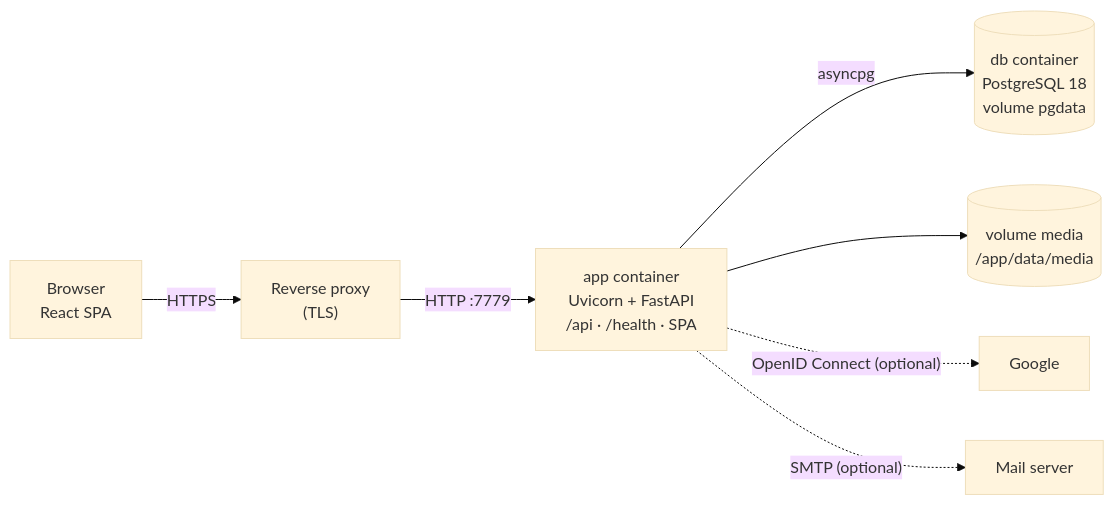
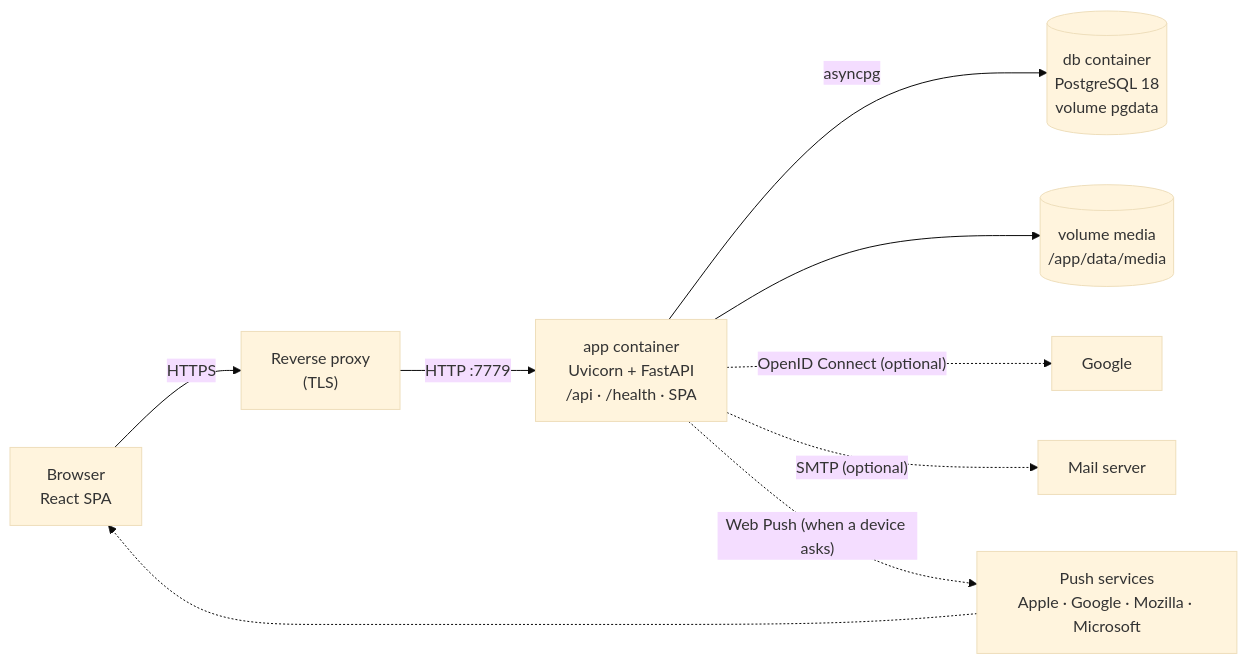
The diagram in docs/architecture.md (DrDonoso/timelife), drawn with Mermaid (base theme) before and after one commit. The commit also changed other lines of this file and 62 other files, not shown here.

````diff
--- a/docs/architecture.md
+++ b/docs/architecture.md
@@ -3,9 +3,11 @@
 ```mermaid
 flowchart LR
     browser["Browser<br/>React SPA"] -- HTTPS --> proxy["Reverse proxy<br/>(TLS)"]
     proxy -- "HTTP :7779" --> app["app container<br/>Uvicorn + FastAPI<br/>/api · /health · SPA"]
     app -- asyncpg --> db[("db container<br/>PostgreSQL 18<br/>volume pgdata")]
     app --> media[("volume media<br/>/app/data/media")]
     app -. "OpenID Connect (optional)" .-> google["Google"]
     app -. "SMTP (optional)" .-> smtp["Mail server"]
+    app -. "Web Push (when a device asks)" .-> push["Push services<br/>Apple · Google · Mozilla · Microsoft"]
+    push -.-> browser
 ```
````
